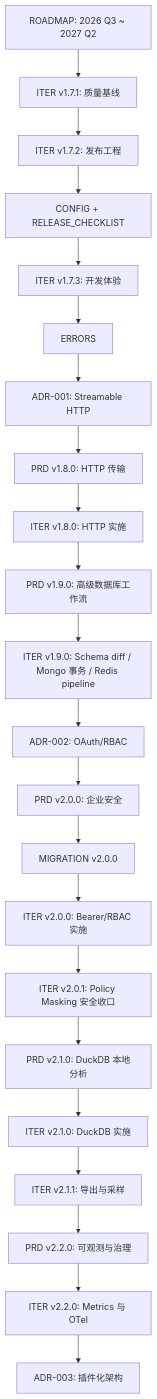
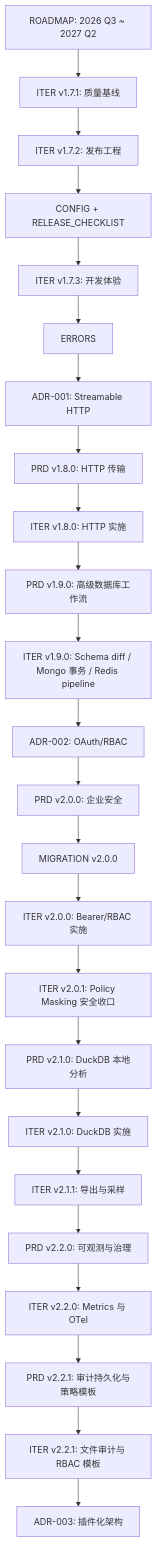
One commit to yclenove/polyglot-db-mcp-server changed the diagram in docs/INDEX.md. Above: the diagram before and after it, drawn with Mermaid. The commit also changed other lines of this file and 26 other files, not shown here.

````diff
--- a/docs/INDEX.md
+++ b/docs/INDEX.md
@@ -184,24 +190,26 @@
 ```mermaid
 flowchart TD
   A[ROADMAP: 2026 Q3 ~ 2027 Q2] --> B[ITER v1.7.1: 质量基线]
   B --> C[ITER v1.7.2: 发布工程]
   C --> D[CONFIG + RELEASE_CHECKLIST]
   D --> E[ITER v1.7.3: 开发体验]
   E --> F[ERRORS]
   F --> G[ADR-001: Streamable HTTP]
   G --> H[PRD v1.8.0: HTTP 传输]
   H --> I[ITER v1.8.0: HTTP 实施]
   I --> J[PRD v1.9.0: 高级数据库工作流]
   J --> K[ITER v1.9.0: Schema diff / Mongo 事务 / Redis pipeline]
   K --> L[ADR-002: OAuth/RBAC]
   L --> M[PRD v2.0.0: 企业安全]
   M --> N[MIGRATION v2.0.0]
   N --> O[ITER v2.0.0: Bearer/RBAC 实施]
   O --> P[ITER v2.0.1: Policy Masking 安全收口]
   P --> Q[PRD v2.1.0: DuckDB 本地分析]
   Q --> R[ITER v2.1.0: DuckDB 实施]
   R --> S[ITER v2.1.1: 导出与采样]
   S --> T[PRD v2.2.0: 可观测与治理]
   T --> U[ITER v2.2.0: Metrics 与 OTel]
-  U --> V[ADR-003: 插件化架构]
+  U --> V[PRD v2.2.1: 审计持久化与策略模板]
+  V --> W[ITER v2.2.1: 文件审计与 RBAC 模板]
+  W --> X[ADR-003: 插件化架构]
 ```
````
